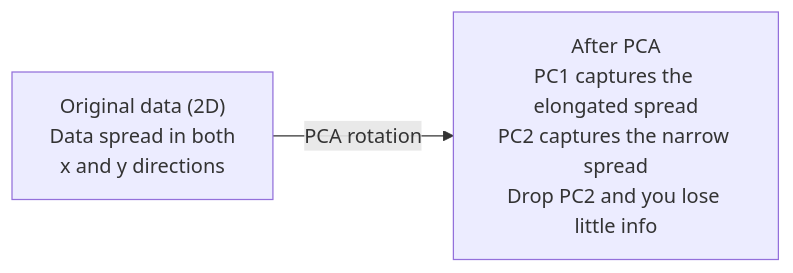
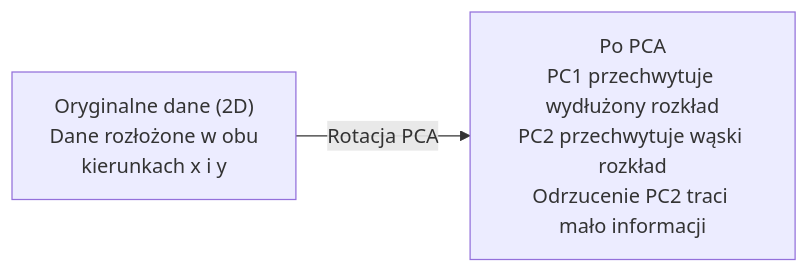
Before and after one commit to tarze07/LLM_Traning: the diagram in phases/01-math-foundations/10-dimensionality-reduction/docs/pl.md, drawn with Mermaid. The commit also changed other lines of this file, not shown here.

````diff
--- a/phases/01-math-foundations/10-dimensionality-reduction/docs/pl.md
+++ b/phases/01-math-foundations/10-dimensionality-reduction/docs/pl.md
@@ -61,4 +61,4 @@
 ```mermaid
 graph LR
-    A["Original data (2D)\nData spread in both\nx and y directions"] -->|"PCA rotation"| B["After PCA\nPC1 captures the elongated spread\nPC2 captures the narrow spread\nDrop PC2 and you lose little info"]
+    A["Oryginalne dane (2D)\nDane rozłożone w obu\nkierunkach x i y"] -->|"Rotacja PCA"| B["Po PCA\nPC1 przechwytuje wydłużony rozkład\nPC2 przechwytuje wąski rozkład\nOdrzucenie PC2 traci mało informacji"]
 ```
````
